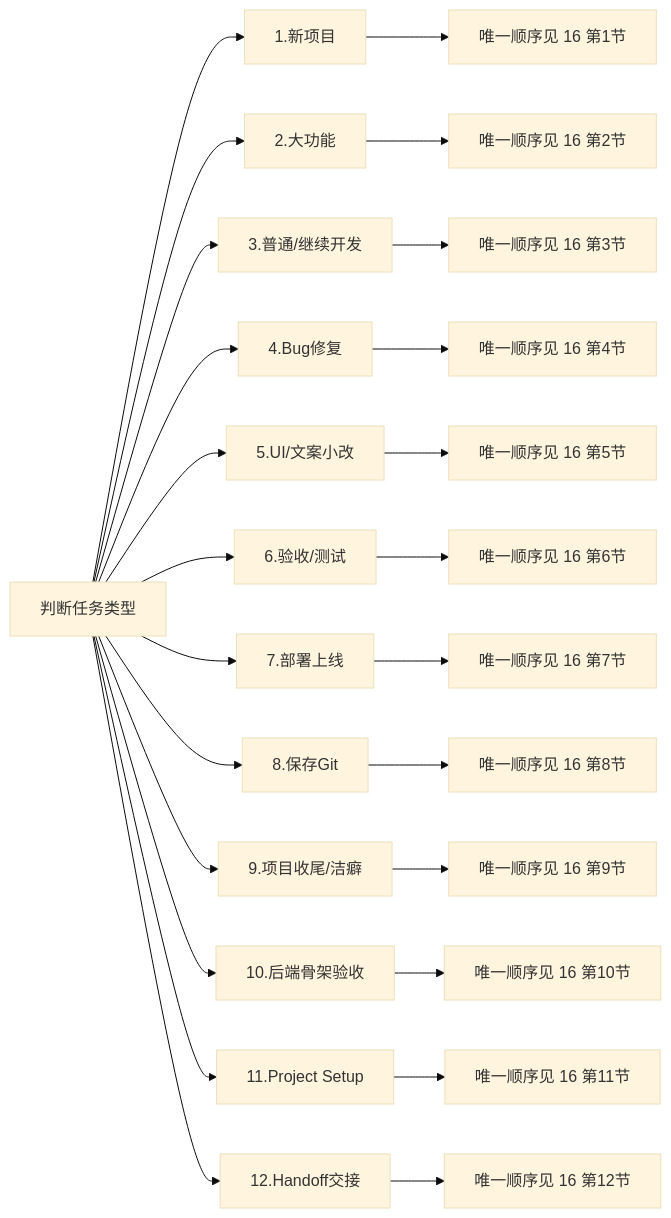
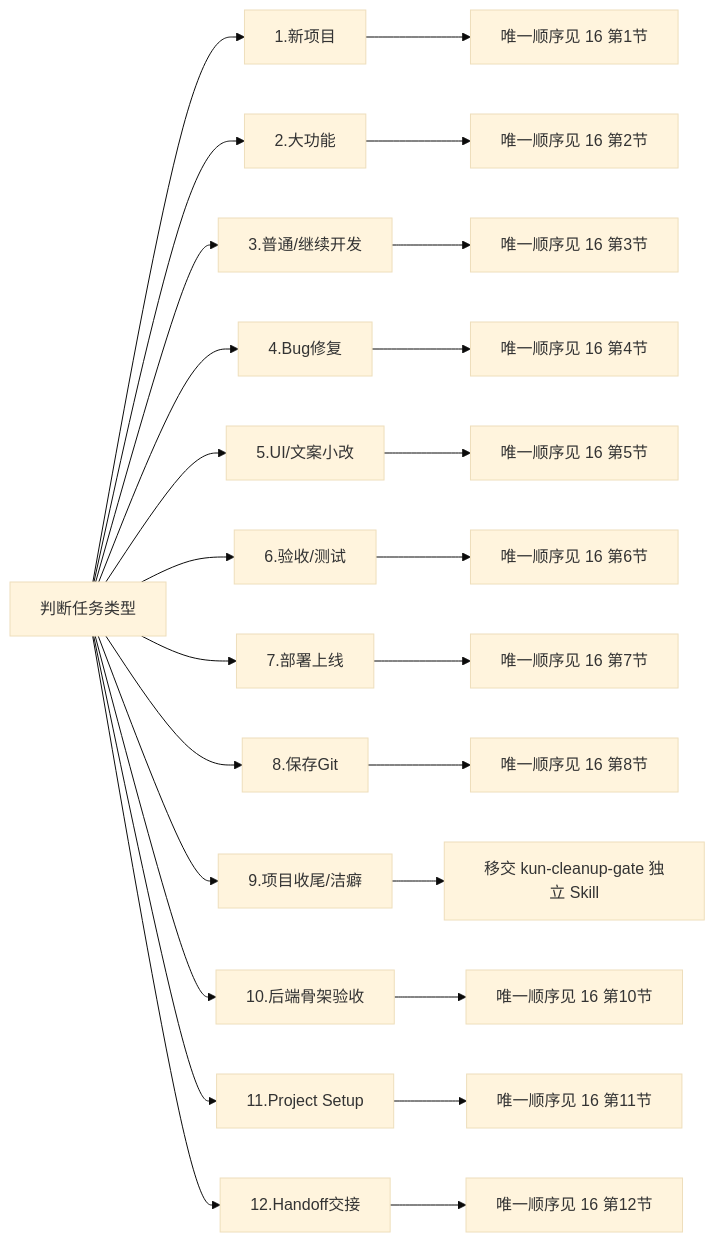
The second of 3 diagrams in FLOWCHART.md (kunkunzi996/kun-router), drawn with Mermaid (base theme) before and after one commit. The commit also changed other lines of this file and 13 other files, not shown here.

````diff
--- a/FLOWCHART.md
+++ b/FLOWCHART.md
@@ -79,28 +79,28 @@
 ```mermaid
 flowchart LR
     R[判断任务类型] --> T1
     R --> T2
     R --> T3
     R --> T4
     R --> T5
     R --> T6
     R --> T7
     R --> T8
     R --> T9
     R --> T10
     R --> T11
     R --> T12
 
     T1[1.新项目] --> T1x[唯一顺序见 16 第1节]
     T2[2.大功能] --> T2x[唯一顺序见 16 第2节]
     T3[3.普通/继续开发] --> T3x[唯一顺序见 16 第3节]
     T4[4.Bug修复] --> T4x[唯一顺序见 16 第4节]
     T5[5.UI/文案小改] --> T5x[唯一顺序见 16 第5节]
     T6[6.验收/测试] --> T6x[唯一顺序见 16 第6节]
     T7[7.部署上线] --> T7x[唯一顺序见 16 第7节]
     T8[8.保存Git] --> T8x[唯一顺序见 16 第8节]
-    T9[9.项目收尾/洁癖] --> T9x[唯一顺序见 16 第9节]
+    T9[9.项目收尾/洁癖] --> T9x[移交 kun-cleanup-gate 独立 Skill]
     T10[10.后端骨架验收] --> T10x[唯一顺序见 16 第10节]
     T11[11.Project Setup] --> T11x[唯一顺序见 16 第11节]
     T12[12.Handoff交接] --> T12x[唯一顺序见 16 第12节]
 ```
````
